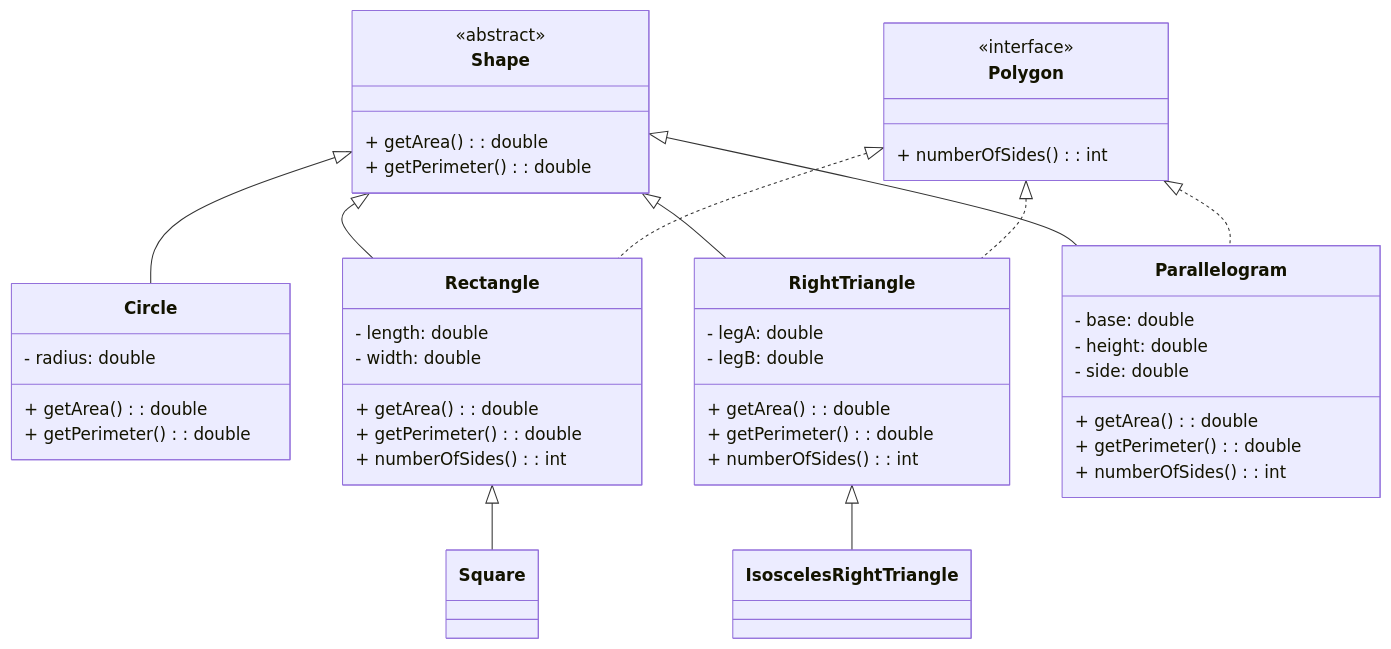
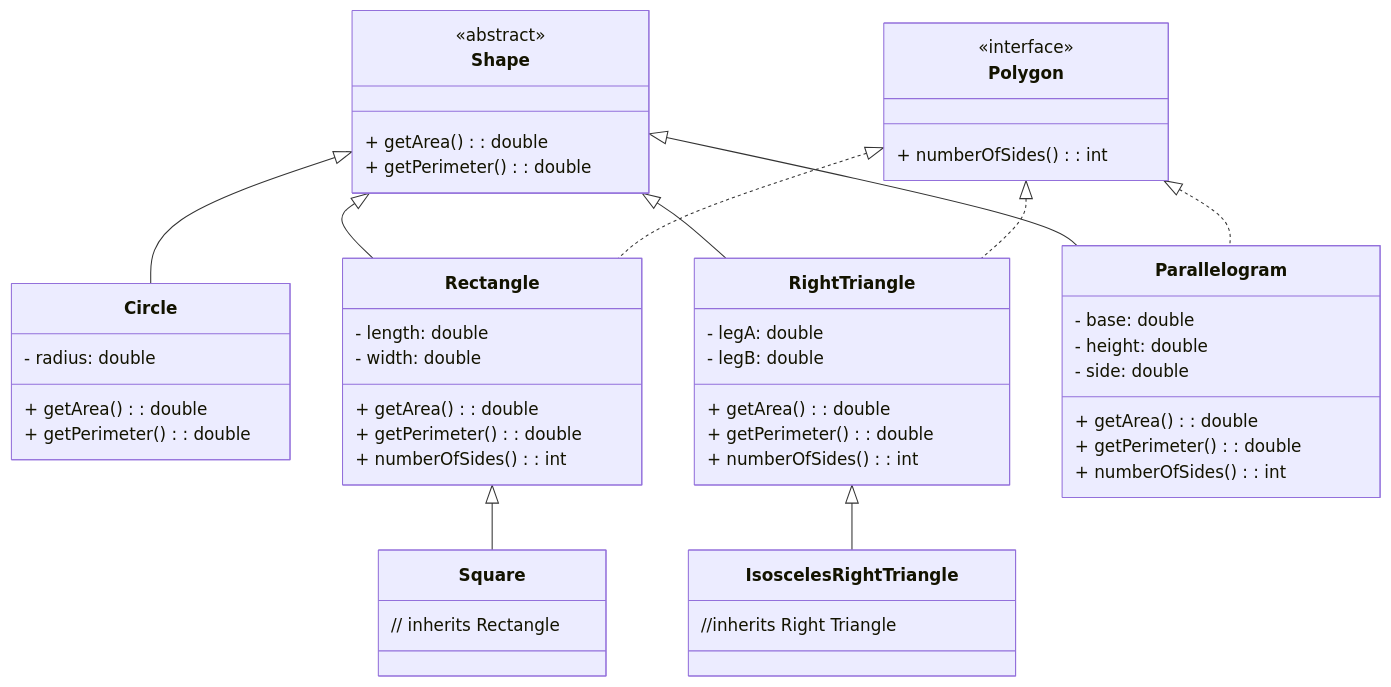
The diagram in README.md (judith-java/Shape-your-destiny), drawn with Mermaid before and after one commit.

Commit message:
modified:   README.md

````diff
--- a/README.md
+++ b/README.md
@@ -1,65 +1,69 @@
 ```mermaid
 classDiagram
   %% === Interfaces ===
   class Polygon {
     <<interface>>
     + numberOfSides(): int
   }
 
   %% === Abstract Base Class ===
   class Shape {
     <<abstract>>
     + getArea(): double
     + getPerimeter(): double
   }
 
   %% === Concrete Classes ===
   class Circle {
     - radius: double
     + getArea(): double
     + getPerimeter(): double
   }
 
   class Rectangle {
     - length: double
     - width: double
     + getArea(): double
     + getPerimeter(): double
     + numberOfSides(): int
   }
 
-  class Square
+  class Square{
+    // inherits Rectangle
+  }
 
   class RightTriangle {
     - legA: double
     - legB: double
     + getArea(): double
     + getPerimeter(): double
     + numberOfSides(): int
   }
 
-  class IsoscelesRightTriangle
+  class IsoscelesRightTriangle{
+    //inherits Right Triangle
+  }
 
   class Parallelogram {
     - base: double
     - height: double
     - side: double
     + getArea(): double
     + getPerimeter(): double
     + numberOfSides(): int
   }
 
   %% === Inheritance Relationships ===
   Shape <|-- Circle
   Shape <|-- Rectangle
   Shape <|-- RightTriangle
   Shape <|-- Parallelogram
 
   Rectangle <|-- Square
   RightTriangle <|-- IsoscelesRightTriangle
 
   %% === Interface Implementations ===
   Polygon <|.. Rectangle
   Polygon <|.. RightTriangle
   Polygon <|.. Parallelogram
 ```
````
